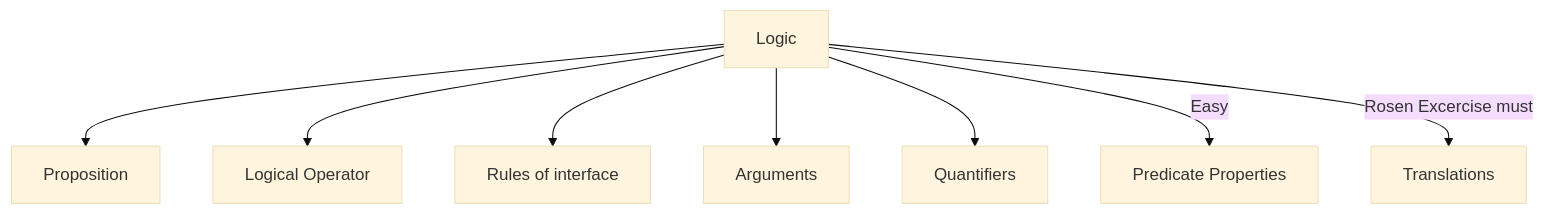
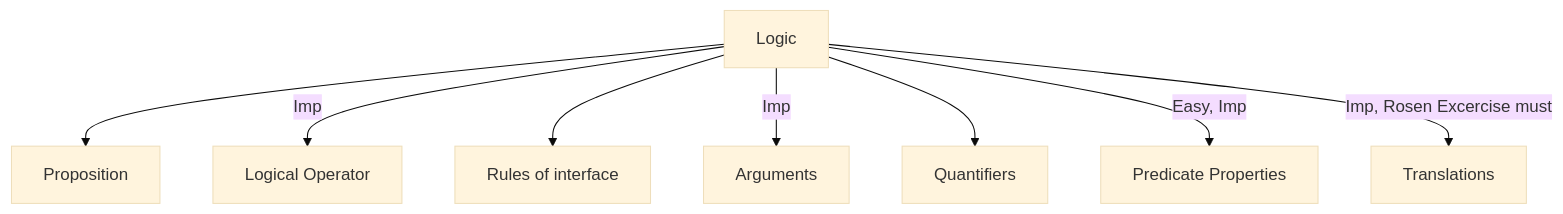
Before and after one commit to ArbitCode/GATE: the diagram in 1NovDM/1.Logic/Logic.md, drawn with Mermaid (base theme).

````diff
--- a/1NovDM/1.Logic/Logic.md
+++ b/1NovDM/1.Logic/Logic.md
@@ -11,10 +11,10 @@
 ```mermaid
   graph TD;
     L[Logic] --> P[Proposition];
-    L --> LO[ Logical Operator];
+    L --> |Imp| LO[ Logical Operator];
     L --> RI[Rules of interface];
-    L --> A[ Arguments];
+    L --> |Imp| A[ Arguments];
     L --> Q[Quantifiers];
-    L --> |Easy| PP[Predicate Properties];
-    L --> |Rosen Excercise must |T[ Translations];
+    L --> |Easy, Imp| PP[Predicate Properties];
+    L --> |Imp, Rosen Excercise must |T[ Translations];
 ```
````
